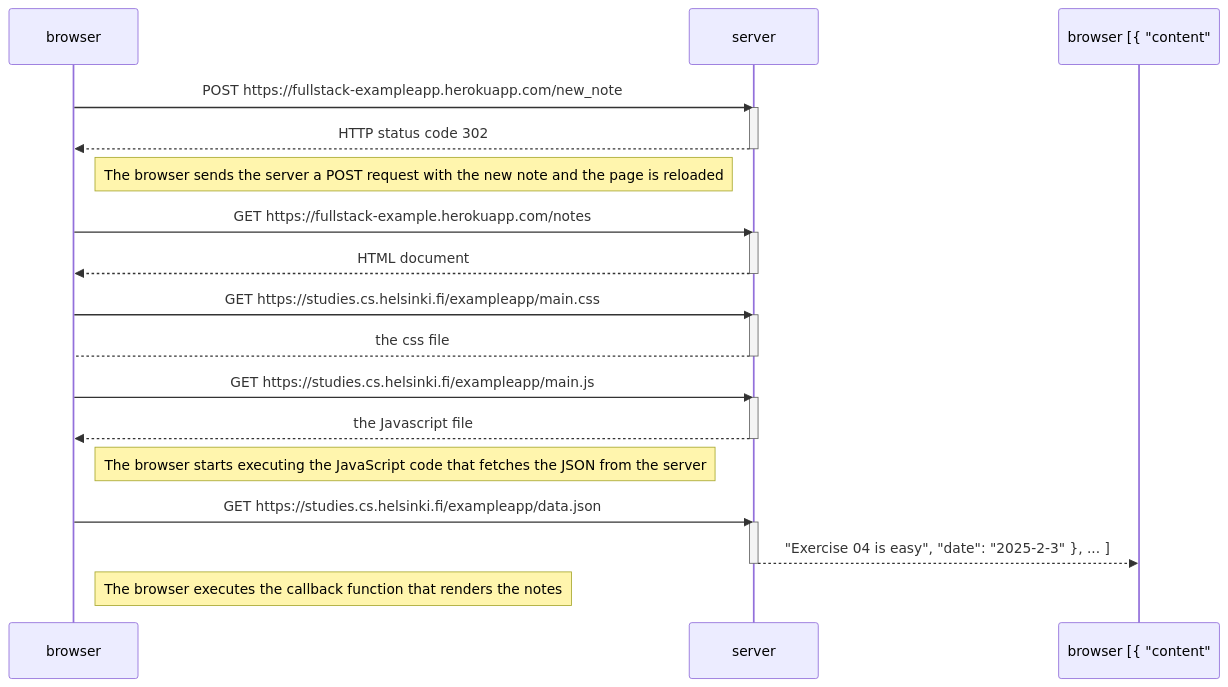
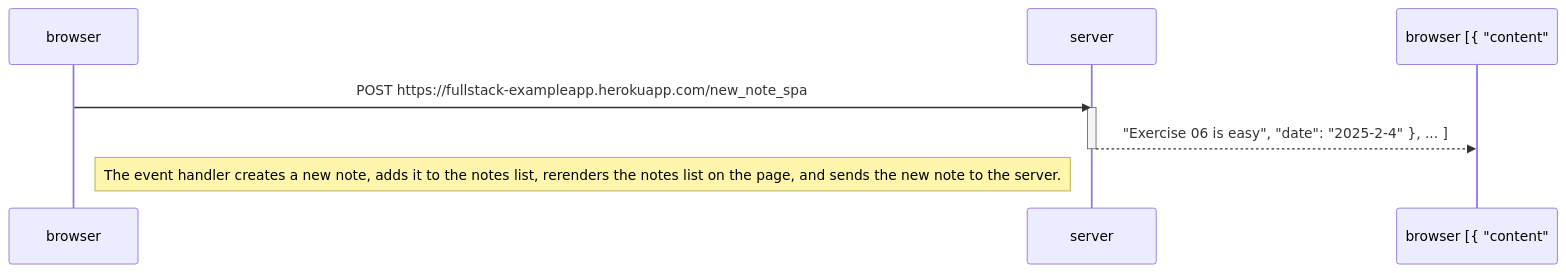
The diagram in part0/exercise06.md (maryelizhall/fullstackwebdev), drawn with Mermaid before and after one commit. The commit also changed 1 other file, not shown here.

Commit message:
new diagrams for ex05 and ex06

````diff
--- a/part0/exercise06.md
+++ b/part0/exercise06.md
@@ -4,36 +4,12 @@
 ```mermaid
 sequenceDiagram
     participant browser
     participant server
 
-    browser->>server: POST https://fullstack-exampleapp.herokuapp.com/new_note
+    browser->>server: POST https://fullstack-exampleapp.herokuapp.com/new_note_spa
     activate server
-    server-->>browser: HTTP status code 302
+    server-->>browser [{ "content": "Exercise 06 is easy", "date": "2025-2-4" }, ... ]
     deactivate server
 
-    Note right of browser: The browser sends the server a POST request with the new note and the page is reloaded
-
-    browser->>server: GET https://fullstack-example.herokuapp.com/notes
-    activate server
-    server-->>browser: HTML document
-    deactivate server
-
-    browser->>server: GET https://studies.cs.helsinki.fi/exampleapp/main.css
-    activate server
-    server-->browser: the css file
-    deactivate server
-
-    browser->>server: GET https://studies.cs.helsinki.fi/exampleapp/main.js
-    activate server
-    server-->>browser: the Javascript file
-    deactivate server
-
-    Note right of browser: The browser starts executing the JavaScript code that fetches the JSON from the server
-
-    browser->>server: GET https://studies.cs.helsinki.fi/exampleapp/data.json
-    activate server
-    server-->>browser [{ "content": "Exercise 04 is easy", "date": "2025-2-3" }, ... ]
-    deactivate server
-
-    Note right of browser: The browser executes the callback function that renders the notes
+    Note right of browser: The event handler creates a new note, adds it to the notes list, rerenders the notes list on the page, and sends the new note to the server.
 ```
````
